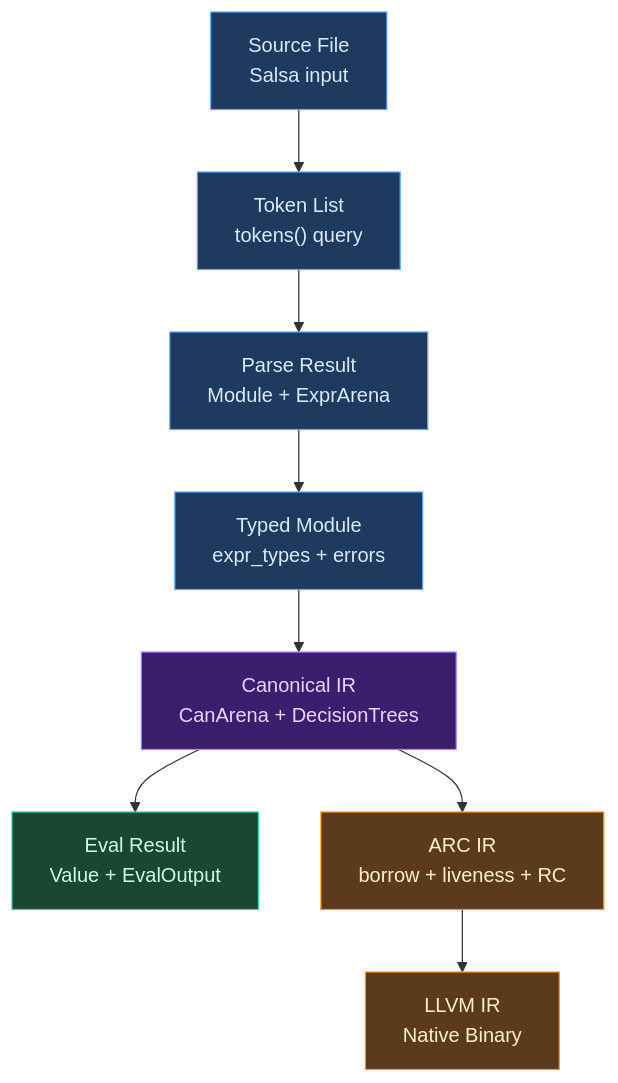
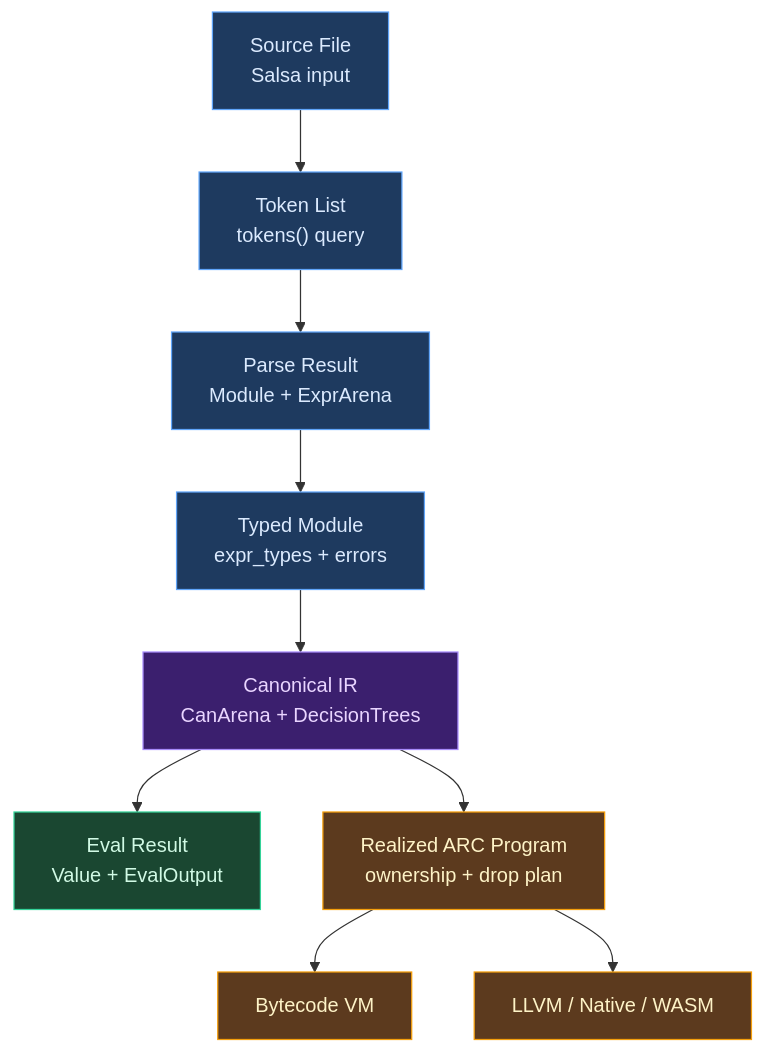
The diagram in docs/compiler/design/index.md (upstat-io/ori-lang), drawn with Mermaid before and after one commit. The commit also changed other lines of this file and 686 other files, not shown here.

First line of the commit message:
feat(runtime): add shared ownership plans and bytecode VM

````diff
--- a/docs/compiler/design/index.md
+++ b/docs/compiler/design/index.md
@@ -79,33 +91,35 @@
 ```mermaid
 flowchart TB
     A["Source File
     Salsa input"]
     B["Token List
     tokens() query"]
     C["Parse Result
     Module + ExprArena"]
     D["Typed Module
     expr_types + errors"]
     E["Canonical IR
     CanArena + DecisionTrees"]
     F["Eval Result
     Value + EvalOutput"]
-    G["ARC IR
-    borrow + liveness + RC"]
-    H["LLVM IR
-    Native Binary"]
+    G["Realized ARC Program
+    ownership + drop plan"]
+    H["Bytecode VM"]
+    I["LLVM / Native / WASM"]
 
     A --> B --> C --> D --> E
     E --> F
-    E --> G --> H
+    E --> G
+    G --> H
+    G --> I
 
     classDef frontend fill:#1e3a5f,stroke:#60a5fa,color:#dbeafe
     classDef canon fill:#3b1f6e,stroke:#a78bfa,color:#e9d5ff
     classDef interpreter fill:#1a4731,stroke:#34d399,color:#d1fae5
     classDef native fill:#5c3a1e,stroke:#f59e0b,color:#fef3c7
 
     class A,B,C,D frontend
     class E canon
     class F interpreter
-    class G,H native
+    class G,H,I native
 ```
````
